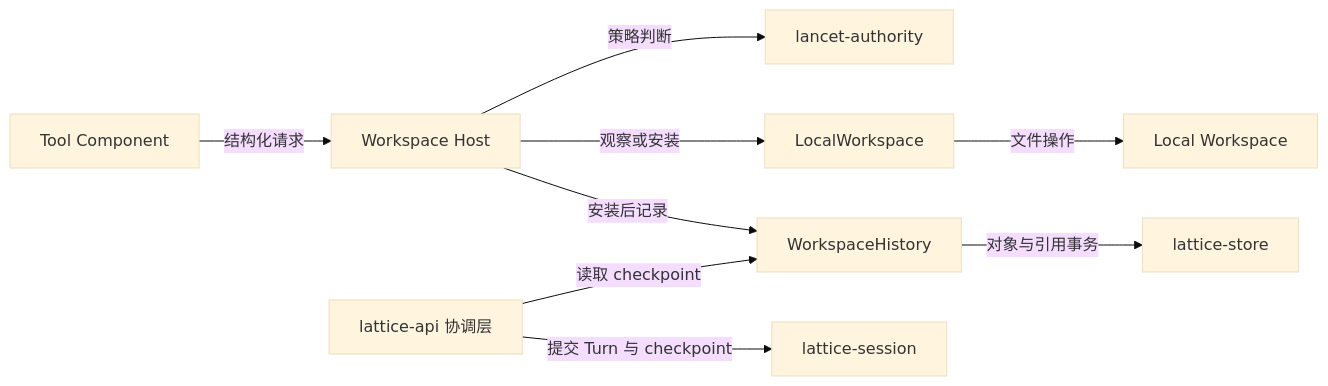
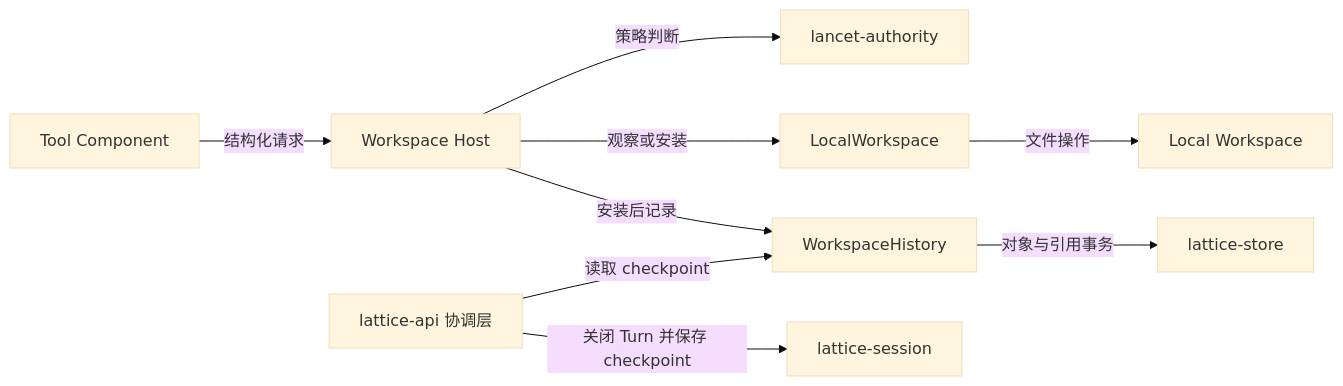
The diagram in docs/architecture/workspace.md (Skyline10124/lattice), drawn with Mermaid (base theme) before and after one commit. The commit also changed other lines of this file and 8 other files, not shown here.

First line of the commit message:
docs(architecture): 按 ADR 0006 修订会话、存储与相关合同（待批准）

````diff
--- a/docs/architecture/workspace.md
+++ b/docs/architecture/workspace.md
@@ -45,11 +45,11 @@
 ```mermaid
 flowchart LR
     T["Tool Component"] -->|结构化请求| H["Workspace Host"]
     H -->|策略判断| P["lancet-authority"]
     H -->|观察或安装| W["LocalWorkspace"]
     W -->|文件操作| L["Local Workspace"]
     H -->|安装后记录| R["WorkspaceHistory"]
     R -->|对象与引用事务| S["lattice-store"]
     C["lattice-api 协调层"] -->|读取 checkpoint| R
-    C -->|提交 Turn 与 checkpoint| G["lattice-session"]
+    C -->|关闭 Turn 并保存 checkpoint| G["lattice-session"]
 ```
````
